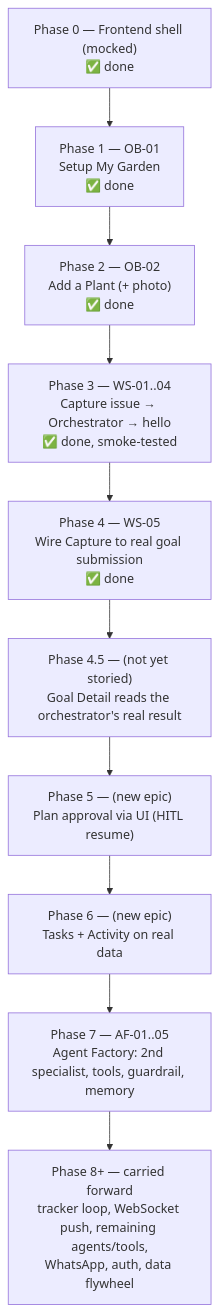
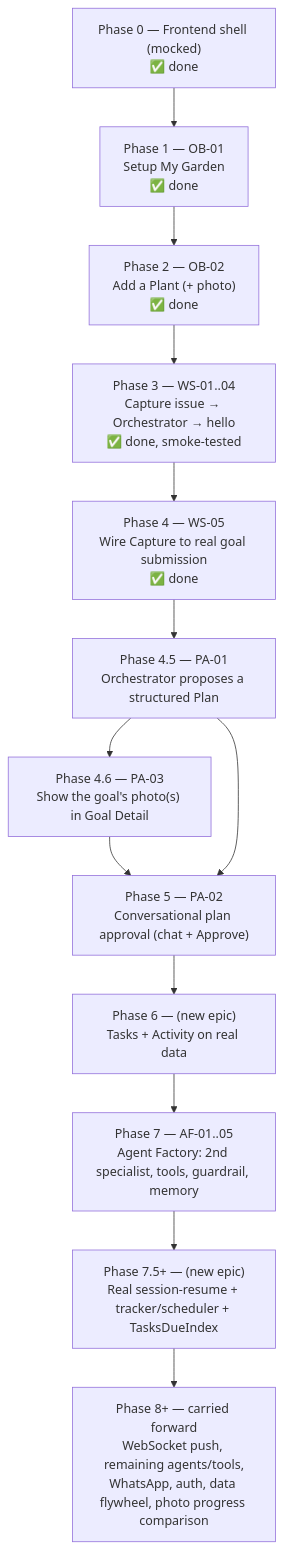
Before and after one commit to prashant-baj/tendril: the diagram in docs/roadmap.md, drawn with Mermaid. The commit also changed other lines of this file and 5 other files, not shown here.

First line of the commit message:
feat: Update roadmap and stories for Plan Proposal, Conversational Approval & Photo Review

````diff
--- a/docs/roadmap.md
+++ b/docs/roadmap.md
@@ -32,13 +34,16 @@
 ```mermaid
 flowchart TD
   P0["Phase 0 — Frontend shell (mocked)<br/>✅ done"] --> P1
   P1["Phase 1 — OB-01<br/>Setup My Garden<br/>✅ done"] --> P2
   P2["Phase 2 — OB-02<br/>Add a Plant (+ photo)<br/>✅ done"] --> P3
   P3["Phase 3 — WS-01..04<br/>Capture issue → Orchestrator → hello<br/>✅ done, smoke-tested"] --> P4
   P4["Phase 4 — WS-05<br/>Wire Capture to real goal submission<br/>✅ done"] --> P45
-  P45["Phase 4.5 — (not yet storied)<br/>Goal Detail reads the orchestrator's real result"] --> P5
-  P5["Phase 5 — (new epic)<br/>Plan approval via UI (HITL resume)"] --> P6
+  P45["Phase 4.5 — PA-01<br/>Orchestrator proposes a structured Plan"] --> P46
+  P46["Phase 4.6 — PA-03<br/>Show the goal's photo(s) in Goal Detail"] --> P5
+  P45 --> P5
+  P5["Phase 5 — PA-02<br/>Conversational plan approval (chat + Approve)"] --> P6
   P6["Phase 6 — (new epic)<br/>Tasks + Activity on real data"] --> P7
-  P7["Phase 7 — AF-01..05<br/>Agent Factory: 2nd specialist, tools, guardrail, memory"] --> P8
-  P8["Phase 8+ — carried forward<br/>tracker loop, WebSocket push, remaining agents/tools,<br/>WhatsApp, auth, data flywheel"]
+  P7["Phase 7 — AF-01..05<br/>Agent Factory: 2nd specialist, tools, guardrail, memory"] --> P75
+  P75["Phase 7.5+ — (new epic)<br/>Real session-resume + tracker/scheduler + TasksDueIndex"] --> P8
+  P8["Phase 8+ — carried forward<br/>WebSocket push, remaining agents/tools,<br/>WhatsApp, auth, data flywheel, photo progress comparison"]
 ```
````
